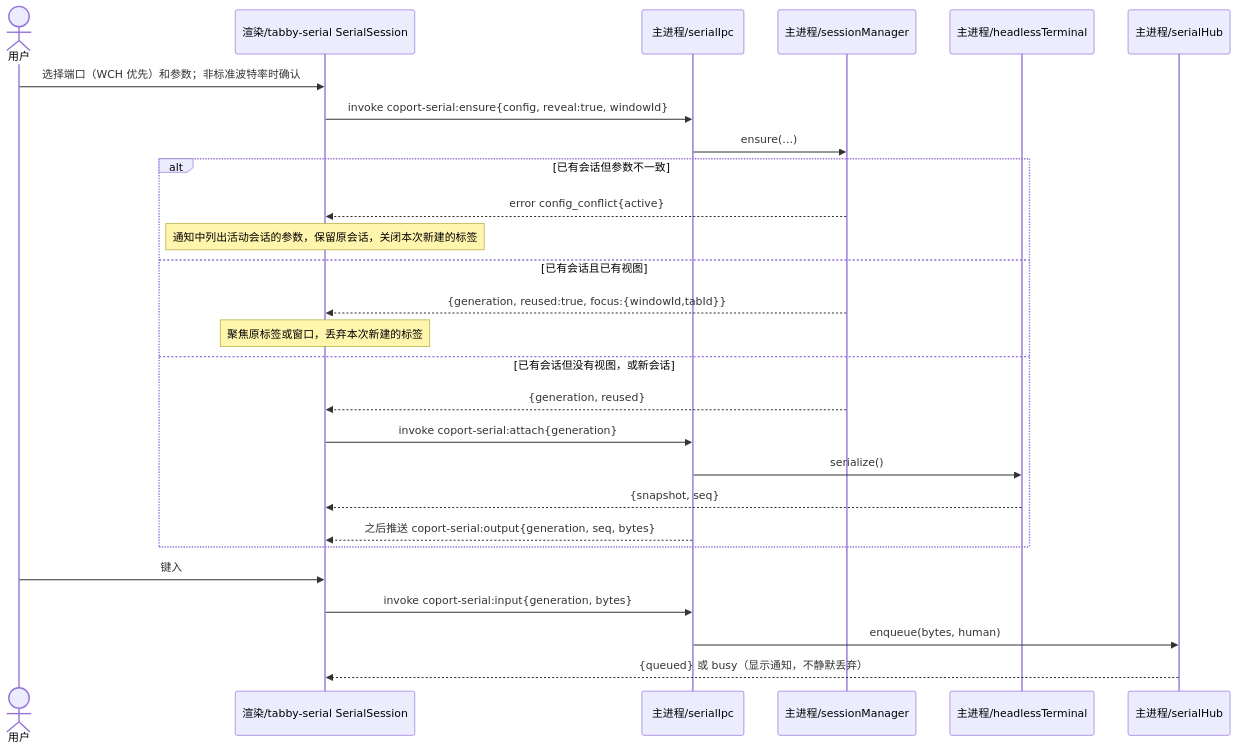
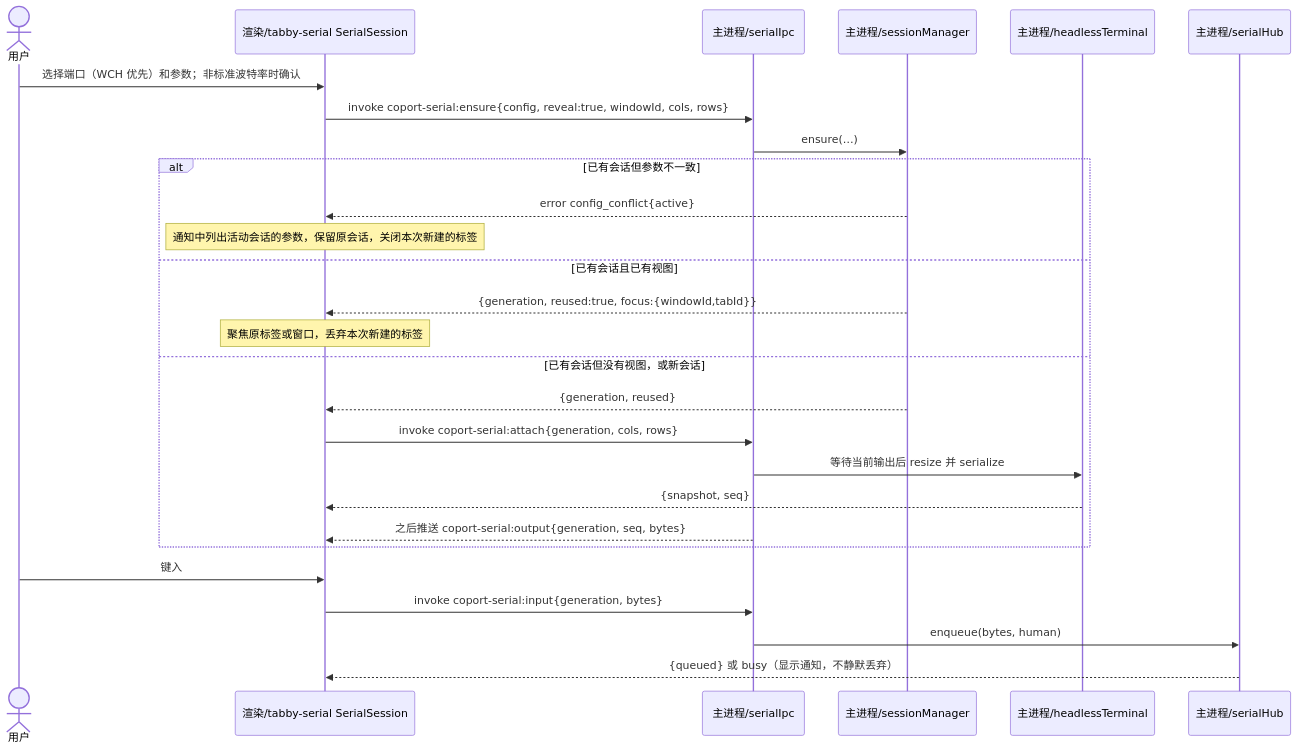
The third of 5 diagrams in docs/specs/coport-fork.md (UberPrinz/coport), drawn with Mermaid before and after one commit. The commit also changed other lines of this file and 50 other files, not shown here.

````diff
--- a/docs/specs/coport-fork.md
+++ b/docs/specs/coport-fork.md
@@ -224,29 +227,29 @@
 ```mermaid
 sequenceDiagram
     actor U as 用户
     participant ST as 渲染/tabby-serial SerialSession
     participant SI as 主进程/serialIpc
     participant SM as 主进程/sessionManager
     participant HD as 主进程/headlessTerminal
     participant HB as 主进程/serialHub
     U->>ST: 选择端口（WCH 优先）和参数；非标准波特率时确认
-    ST->>SI: invoke coport-serial:ensure{config, reveal:true, windowId}
+    ST->>SI: invoke coport-serial:ensure{config, reveal:true, windowId, cols, rows}
     SI->>SM: ensure(…)
     alt 已有会话但参数不一致
         SM-->>ST: error config_conflict{active}
         Note over ST: 通知中列出活动会话的参数，保留原会话，关闭本次新建的标签
     else 已有会话且已有视图
         SM-->>ST: {generation, reused:true, focus:{windowId,tabId}}
         Note over ST: 聚焦原标签或窗口，丢弃本次新建的标签
     else 已有会话但没有视图，或新会话
         SM-->>ST: {generation, reused}
-        ST->>SI: invoke coport-serial:attach{generation}
-        SI->>HD: serialize()
+        ST->>SI: invoke coport-serial:attach{generation, cols, rows}
+        SI->>HD: 等待当前输出后 resize 并 serialize
         HD-->>ST: {snapshot, seq}
         SI-->>ST: 之后推送 coport-serial:output{generation, seq, bytes}
     end
     U->>ST: 键入
     ST->>SI: invoke coport-serial:input{generation, bytes}
     SI->>HB: enqueue(bytes, human)
     HB-->>ST: {queued} 或 busy（显示通知，不静默丢弃）
 ```
````
